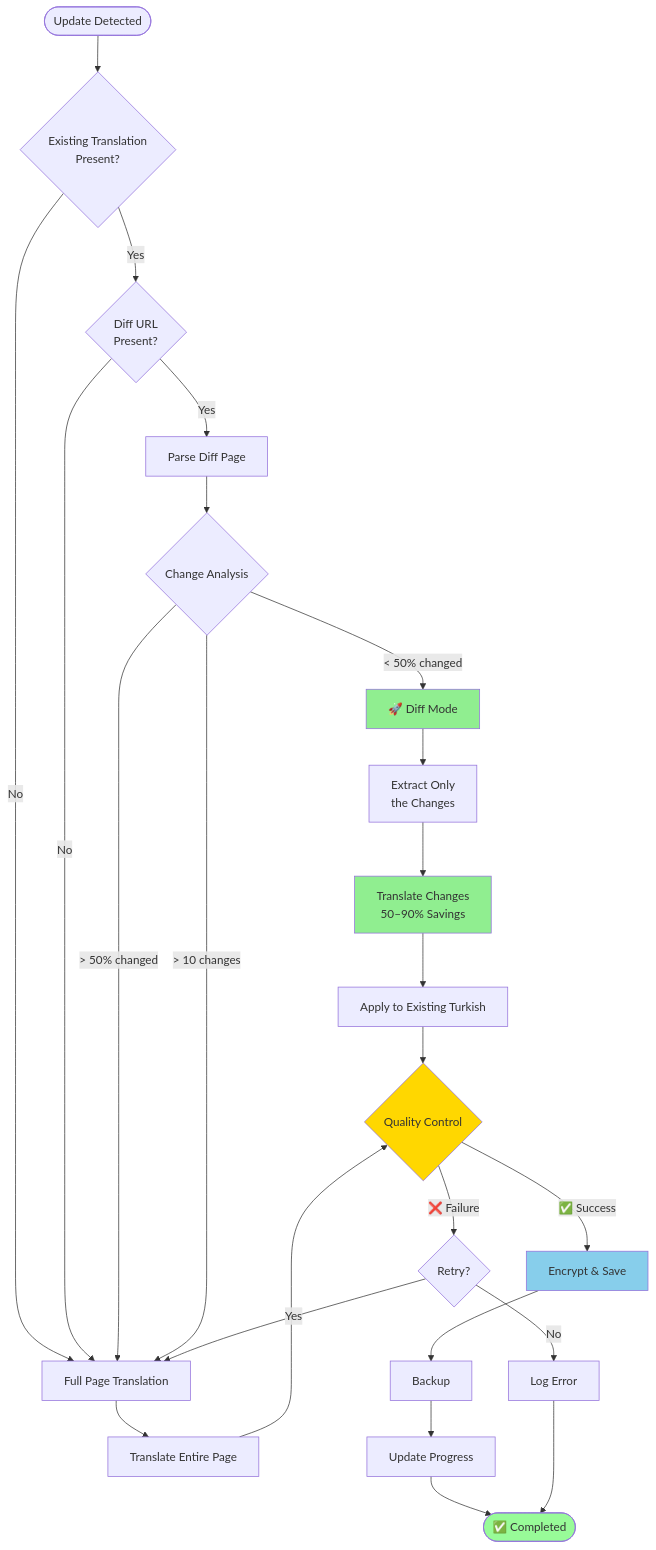
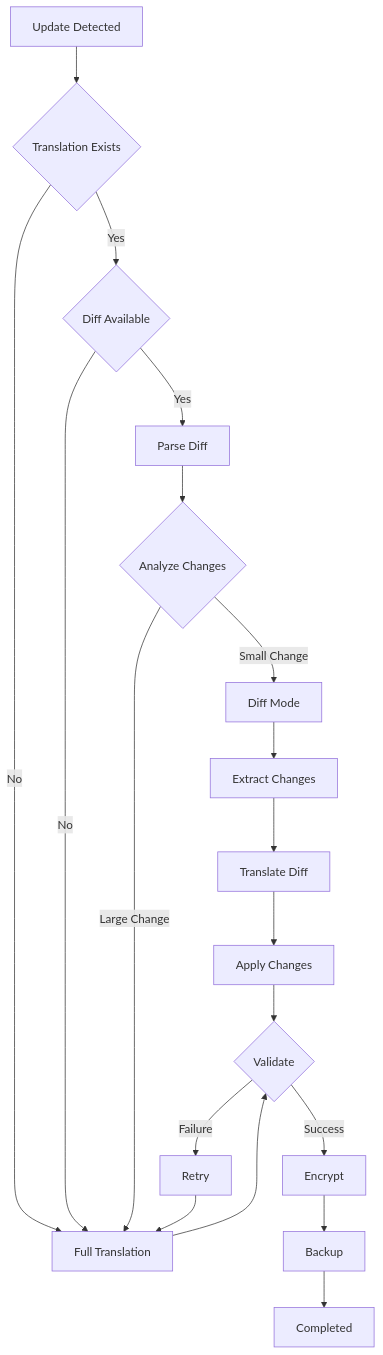
The second of 2 diagrams in README.md (Paracci/facepunch-wiki-tr), drawn with Mermaid before and after one commit. The commit also changed other lines of this file, not shown here.

````diff
--- a/README.md
+++ b/README.md
@@ -176,43 +164,29 @@
 ```mermaid
 flowchart TD
-    Start([Update Detected]) --> CheckExist{Existing Translation<br/>Present?}
-    
-    CheckExist -->|Yes| CheckDiff{Diff URL<br/>Present?}
-    CheckExist -->|No| FullTranslation[Full Page Translation]
-    
-    CheckDiff -->|Yes| ParseDiff[Parse Diff Page]
+    Start[Update Detected] --> CheckExist{Translation Exists}
+
+    CheckExist -->|Yes| CheckDiff{Diff Available}
+    CheckExist -->|No| FullTranslation[Full Translation]
+
+    CheckDiff -->|Yes| ParseDiff[Parse Diff]
     CheckDiff -->|No| FullTranslation
-    
-    ParseDiff --> AnalyzeChanges{Change Analysis}
-    
-    AnalyzeChanges -->|< 50% changed| DiffMode[🚀 Diff Mode]
-    AnalyzeChanges -->|> 50% changed| FullTranslation
-    AnalyzeChanges -->|> 10 changes| FullTranslation
-    
-    DiffMode --> ExtractChanges[Extract Only<br/>the Changes]
-    ExtractChanges --> TranslateDiff[Translate Changes<br/>50–90% Savings]
-    TranslateDiff --> ApplyChanges[Apply to Existing Turkish]
-    
-    FullTranslation --> TranslateFull[Translate Entire Page]
-    
-    ApplyChanges --> Validate{Quality Control}
-    TranslateFull --> Validate
-    
-    Validate -->|✅ Success| Encrypt[Encrypt & Save]
-    Validate -->|❌ Failure| Retry{Retry?}
-    
-    Retry -->|Yes| FullTranslation
-    Retry -->|No| LogError[Log Error]
-    
+
+    ParseDiff --> AnalyzeChanges{Analyze Changes}
+
+    AnalyzeChanges -->|Small Change| DiffMode[Diff Mode]
+    AnalyzeChanges -->|Large Change| FullTranslation
+
+    DiffMode --> ExtractChanges[Extract Changes]
+    ExtractChanges --> TranslateDiff[Translate Diff]
+    TranslateDiff --> ApplyChanges[Apply Changes]
+
+    ApplyChanges --> Validate{Validate}
+    FullTranslation --> Validate
+
+    Validate -->|Success| Encrypt[Encrypt]
+    Validate -->|Failure| Retry[Retry]
+
+    Retry --> FullTranslation
     Encrypt --> Backup[Backup]
-    Backup --> UpdateProgress[Update Progress]
-    UpdateProgress --> End([✅ Completed])
-    
-    LogError --> End
-    
-    style DiffMode fill:#90EE90
-    style TranslateDiff fill:#90EE90
-    style Validate fill:#FFD700
-    style Encrypt fill:#87CEEB
-    style End fill:#98FB98
+    Backup --> End[Completed]
 ```
````
